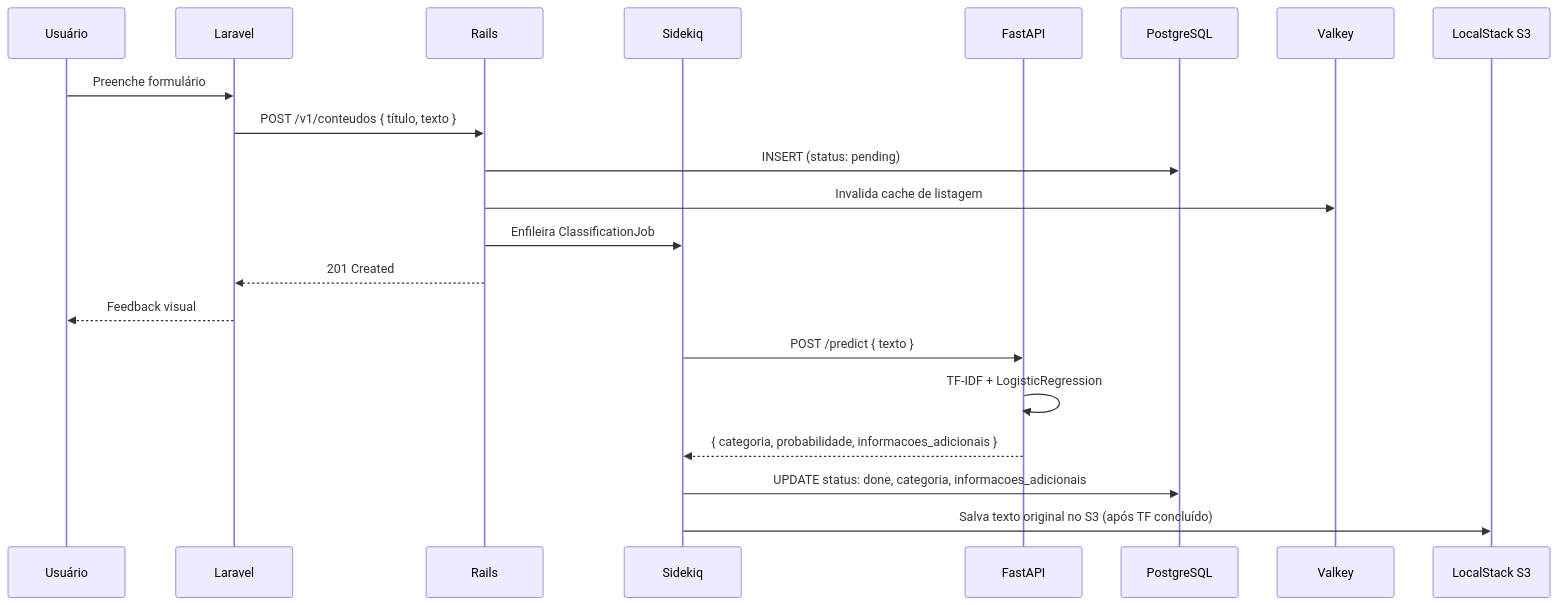
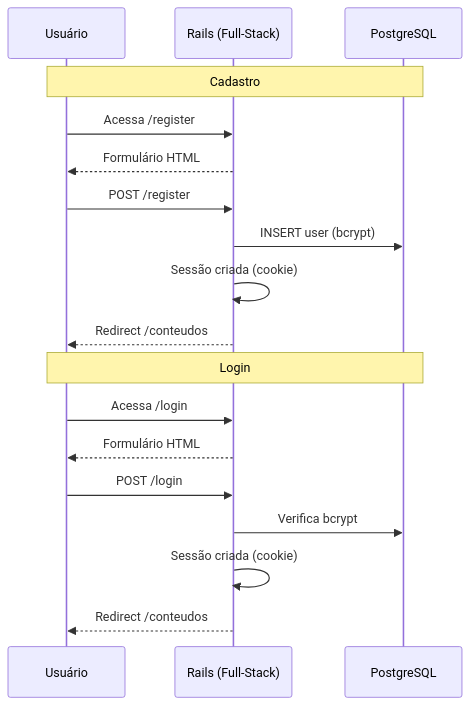
Before and after one commit to DessimA/tech-mind: the third of 4 diagrams in docs/03-arquitetura.md, drawn with Mermaid. The commit also changed other lines of this file and 115 other files, not shown here.

````diff
--- a/docs/03-arquitetura.md
+++ b/docs/03-arquitetura.md
@@ -89,24 +60,22 @@
 ```mermaid
 sequenceDiagram
     participant U as Usuário
-    participant FE as Laravel
-    participant BE as Rails
-    participant SQ as Sidekiq
-    participant ML as FastAPI
+    participant Rails as Rails (Full-Stack)
     participant DB as PostgreSQL
-    participant VK as Valkey
-    participant LS as LocalStack S3
 
-    U->>FE: Preenche formulário
-    FE->>BE: POST /v1/conteudos { título, texto }
-    BE->>DB: INSERT (status: pending)
-    BE->>VK: Invalida cache de listagem
-    BE->>SQ: Enfileira ClassificationJob
-    BE-->>FE: 201 Created
-    FE-->>U: Feedback visual
-    SQ->>ML: POST /predict { texto }
-    ML->>ML: TF-IDF + LogisticRegression
-    ML-->>SQ: { categoria, probabilidade, informacoes_adicionais }
-    SQ->>DB: UPDATE status: done, categoria, informacoes_adicionais
-    SQ->>LS: Salva texto original no S3 (após TF concluído)
+    Note over U,DB: Cadastro
+    U->>Rails: Acessa /register
+    Rails-->>U: Formulário HTML
+    U->>Rails: POST /register
+    Rails->>DB: INSERT user (bcrypt)
+    Rails->>Rails: Sessão criada (cookie)
+    Rails-->>U: Redirect /conteudos
+
+    Note over U,DB: Login
+    U->>Rails: Acessa /login
+    Rails-->>U: Formulário HTML
+    U->>Rails: POST /login
+    Rails->>DB: Verifica bcrypt
+    Rails->>Rails: Sessão criada (cookie)
+    Rails-->>U: Redirect /conteudos
 ```
````
